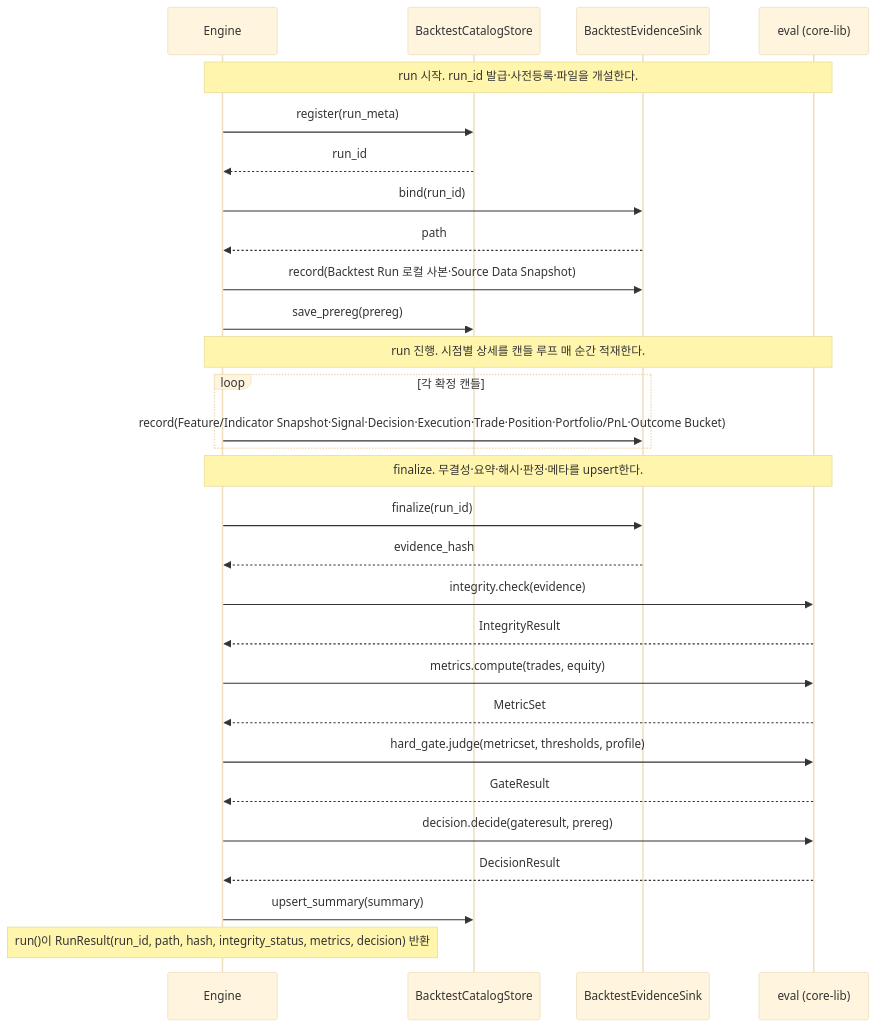
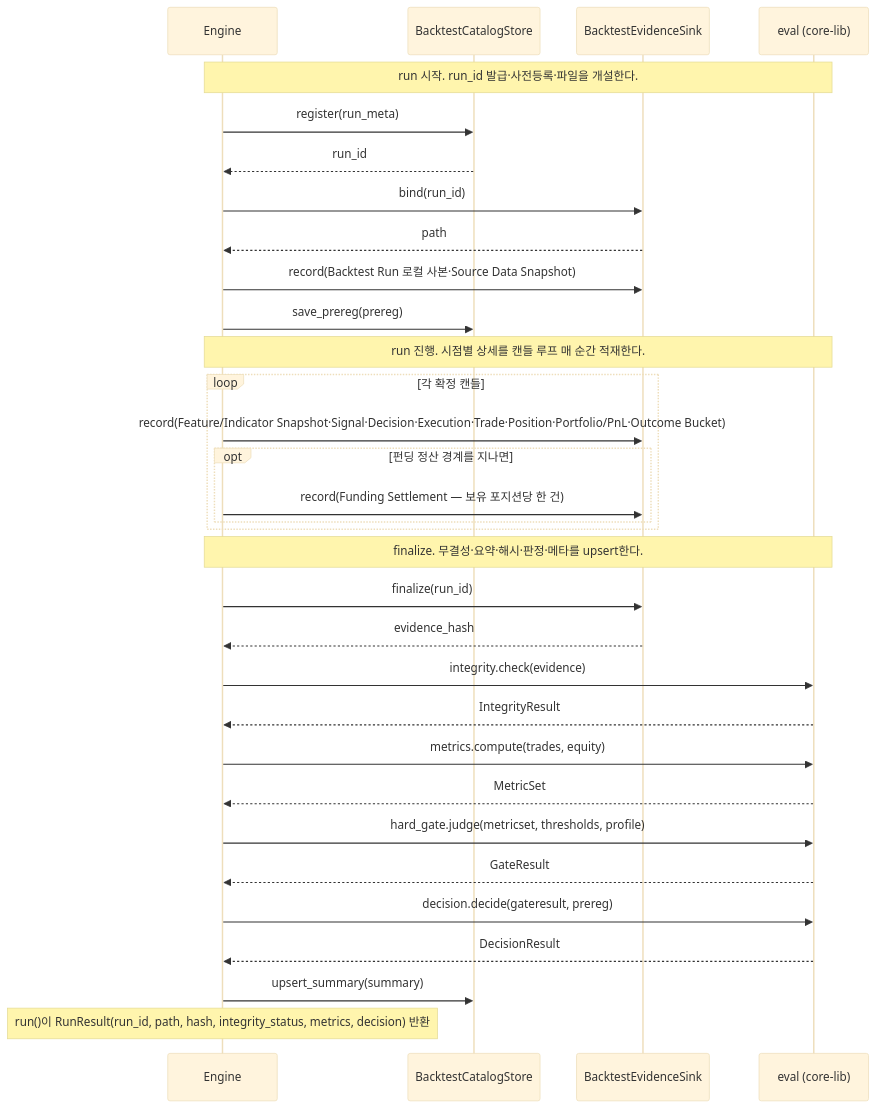
Diagram 25 of 25 in docs/fullspec/backtest_v2_detailed_design.md (vessel35/trading-system-v2), drawn with Mermaid (base theme) before and after one commit. The commit also changed other lines of this file, not shown here.

````diff
--- a/docs/fullspec/backtest_v2_detailed_design.md
+++ b/docs/fullspec/backtest_v2_detailed_design.md
@@ -3323,31 +3347,34 @@
 ```mermaid
 sequenceDiagram
     participant ENG as Engine
     participant CS as BacktestCatalogStore
     participant EV as BacktestEvidenceSink
     participant EVAL as eval (core-lib)
     Note over ENG,EVAL: run 시작. run_id 발급·사전등록·파일을 개설한다.
     ENG->>CS: register(run_meta)
     CS-->>ENG: run_id
     ENG->>EV: bind(run_id)
     EV-->>ENG: path
     ENG->>EV: record(Backtest Run 로컬 사본·Source Data Snapshot)
     ENG->>CS: save_prereg(prereg)
     Note over ENG,EVAL: run 진행. 시점별 상세를 캔들 루프 매 순간 적재한다.
     loop 각 확정 캔들
         ENG->>EV: record(Feature/Indicator Snapshot·Signal·Decision·Execution·Trade·Position·Portfolio/PnL·Outcome Bucket)
+        opt 펀딩 정산 경계를 지나면
+            ENG->>EV: record(Funding Settlement — 보유 포지션당 한 건)
+        end
     end
     Note over ENG,EVAL: finalize. 무결성·요약·해시·판정·메타를 upsert한다.
     ENG->>EV: finalize(run_id)
     EV-->>ENG: evidence_hash
     ENG->>EVAL: integrity.check(evidence)
     EVAL-->>ENG: IntegrityResult
     ENG->>EVAL: metrics.compute(trades, equity)
     EVAL-->>ENG: MetricSet
     ENG->>EVAL: hard_gate.judge(metricset, thresholds, profile)
     EVAL-->>ENG: GateResult
     ENG->>EVAL: decision.decide(gateresult, prereg)
     EVAL-->>ENG: DecisionResult
     ENG->>CS: upsert_summary(summary)
     Note over ENG: run()이 RunResult(run_id, path, hash, integrity_status, metrics, decision) 반환
 ```
````
